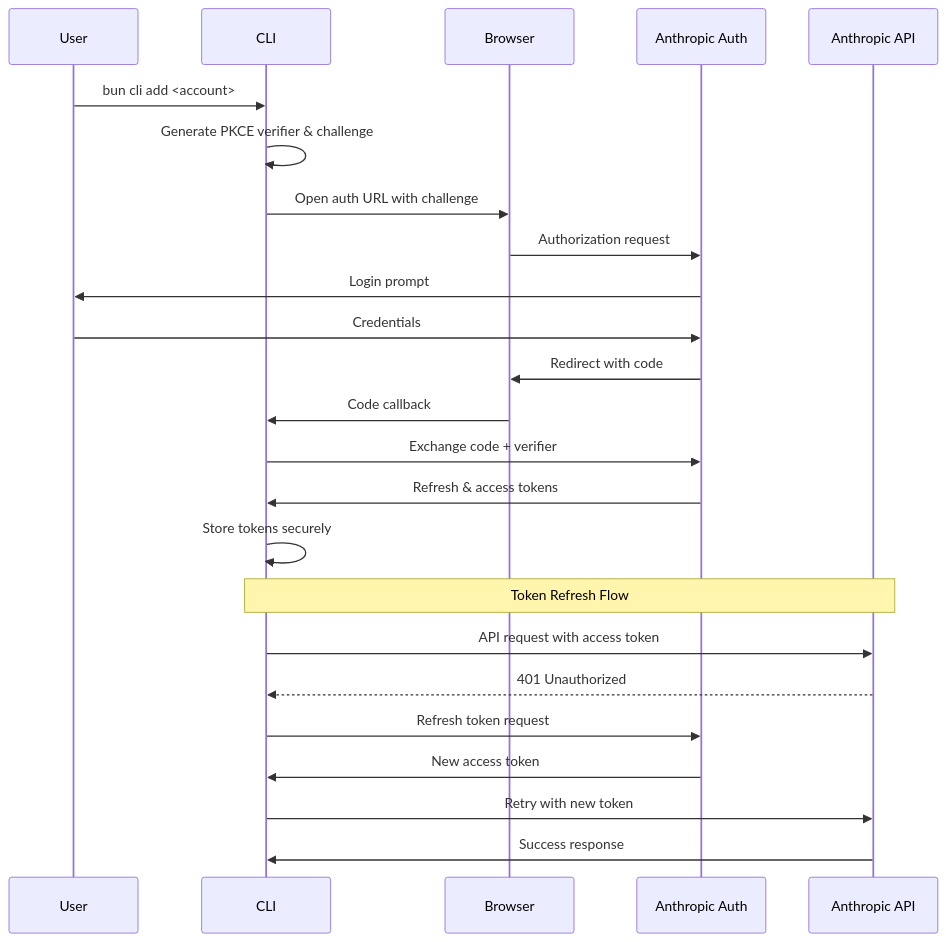
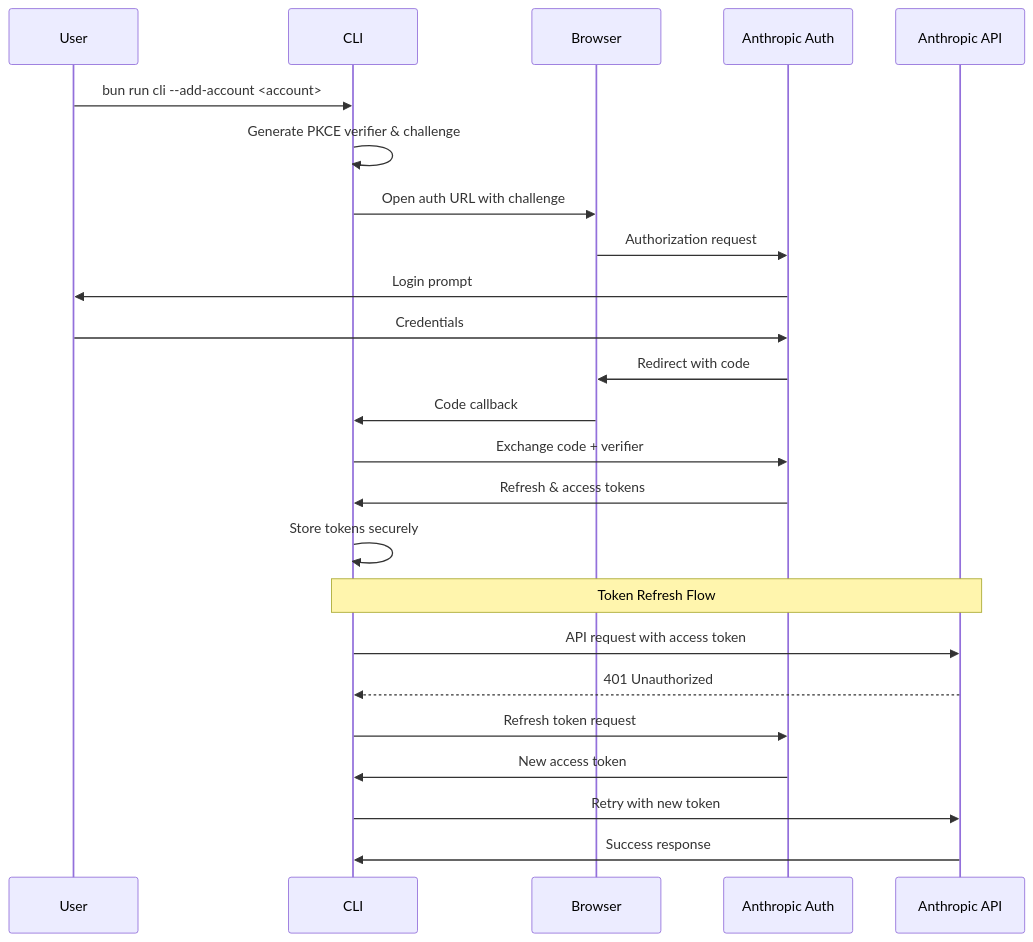
One commit to SijanC147/better-ccflare changed the diagram in docs/providers.md. Above: the diagram before and after it, drawn with Mermaid. The commit also changed 10 other files, not shown here.

````diff
--- a/docs/providers.md
+++ b/docs/providers.md
@@ -242,28 +242,28 @@
 ```mermaid
 sequenceDiagram
     participant User
     participant CLI
     participant Browser
     participant AuthServer as Anthropic Auth
     participant API as Anthropic API
     
-    User->>CLI: bun cli add <account>
+    User->>CLI: bun run cli --add-account <account>
     CLI->>CLI: Generate PKCE verifier & challenge
     CLI->>Browser: Open auth URL with challenge
     Browser->>AuthServer: Authorization request
     AuthServer->>User: Login prompt
     User->>AuthServer: Credentials
     AuthServer->>Browser: Redirect with code
     Browser->>CLI: Code callback
     CLI->>AuthServer: Exchange code + verifier
     AuthServer->>CLI: Refresh & access tokens
     CLI->>CLI: Store tokens securely
     
     Note over CLI,API: Token Refresh Flow
     CLI->>API: API request with access token
     API-->>CLI: 401 Unauthorized
     CLI->>AuthServer: Refresh token request
     AuthServer->>CLI: New access token
     CLI->>API: Retry with new token
     API->>CLI: Success response
 ```
````
